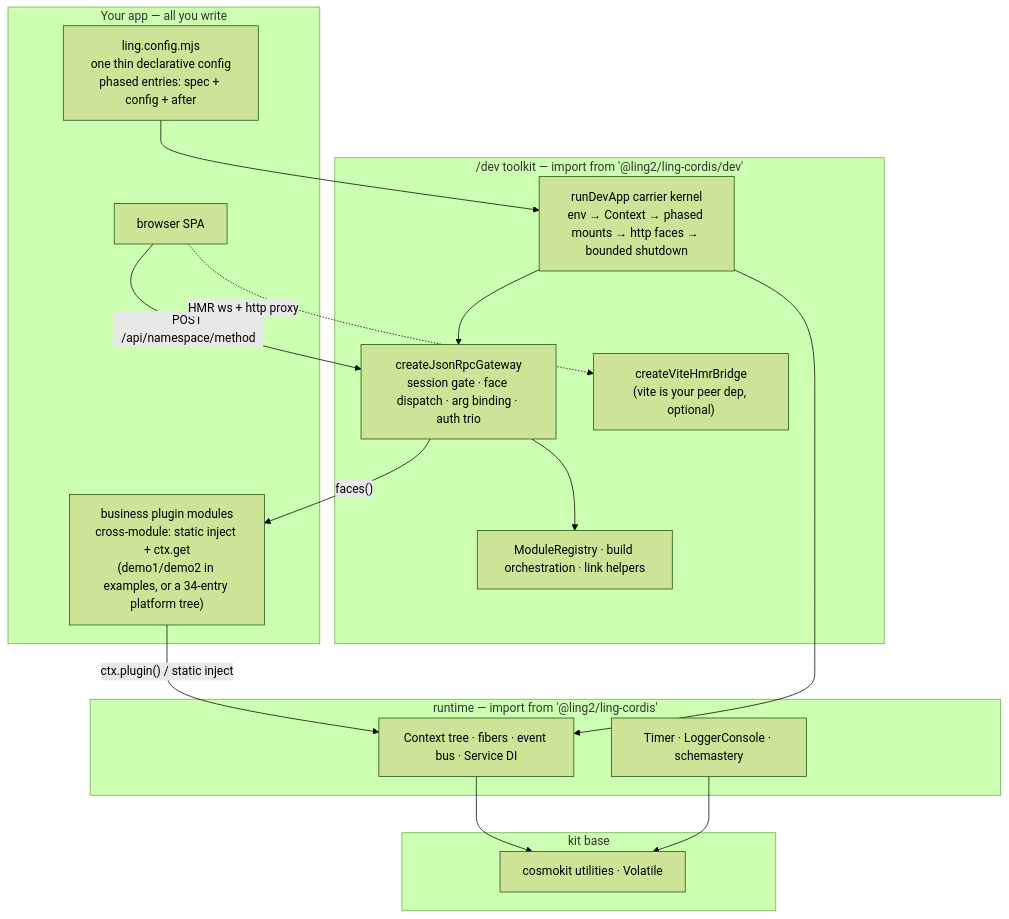
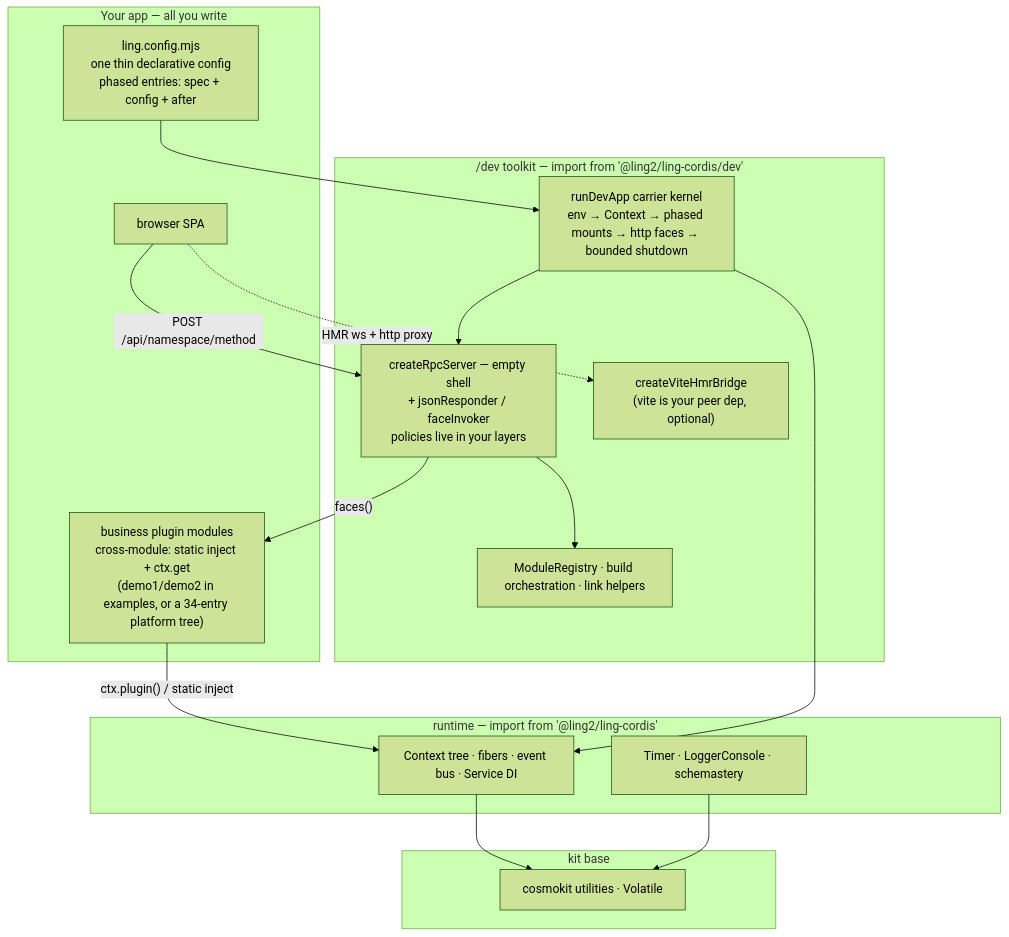
One commit to ling2-2y2/ling-cordis changed the diagram in README.md. Above: the diagram before and after it, drawn with Mermaid (forest theme). The commit also changed other lines of this file and 8 other files, not shown here.

````diff
--- a/README.md
+++ b/README.md
@@ -21,32 +21,32 @@
 ```mermaid
 flowchart TD
   subgraph L4["Your app — all you write"]
     CFG["ling.config.mjs<br/>one thin declarative config<br/>phased entries: spec + config + after"]
     MOD["business plugin modules<br/>cross-module: static inject + ctx.get<br/>(demo1/demo2 in examples, or a 34-entry platform tree)"]
     FE["browser SPA"]
   end
   subgraph L3["/dev toolkit — import from '@ling2/ling-cordis/dev'"]
     KERNEL["runDevApp carrier kernel<br/>env → Context → phased mounts → http faces → bounded shutdown"]
-    GW["createJsonRpcGateway<br/>session gate · face dispatch · arg binding · auth trio"]
+    GW["createRpcServer — empty shell<br/>+ jsonResponder / faceInvoker<br/>policies live in your layers"]
     HMR["createViteHmrBridge<br/>(vite is your peer dep, optional)"]
     UTILS["ModuleRegistry · build orchestration · link helpers"]
   end
   subgraph L2["runtime — import from '@ling2/ling-cordis'"]
     CORE["Context tree · fibers · event bus · Service DI"]
     PLUGINS["Timer · LoggerConsole · schemastery"]
   end
   subgraph L1["kit base"]
     KIT["cosmokit utilities · Volatile"]
   end
 
   CFG --> KERNEL
   MOD -->|"ctx.plugin() / static inject"| CORE
   KERNEL --> GW
   KERNEL --> CORE
   GW --> UTILS
   FE -->|"POST /api/namespace/method"| GW
   FE -.->|"HMR ws + http proxy"| HMR
   GW -->|"faces()"| MOD
   CORE --> KIT
   PLUGINS --> KIT
 ```
````
